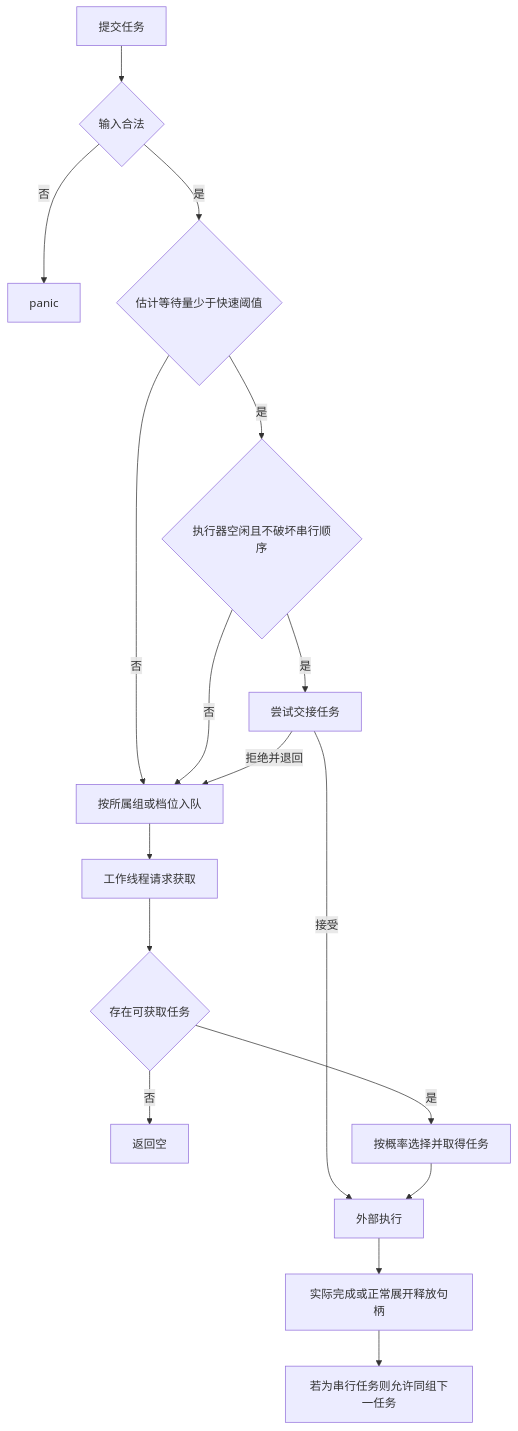
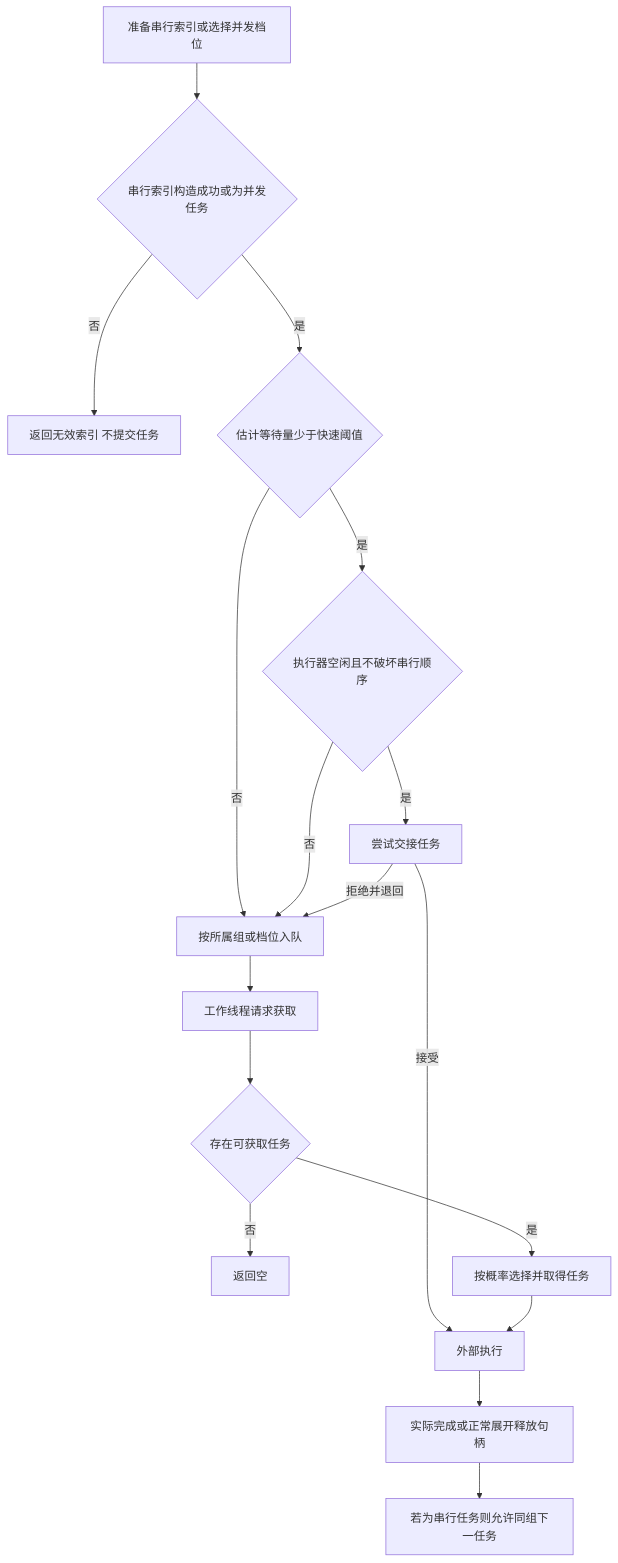
Before and after one commit to GaiaWorld/pi_task_pool: the diagram in design/lock-free-task-pool/01-requirements/flow.md, drawn with Mermaid. The commit also changed other lines of this file and 22 other files, not shown here.

````diff
--- a/design/lock-free-task-pool/01-requirements/flow.md
+++ b/design/lock-free-task-pool/01-requirements/flow.md
@@ -3,19 +3,19 @@
 ```mermaid
 flowchart TD
-  A[提交任务] --> B{输入合法}
-  B -->|否| P[panic]
+  A[准备串行索引或选择并发档位] --> B{串行索引构造成功或为并发任务}
+  B -->|否| P[返回无效索引 不提交任务]
   B -->|是| C{估计等待量少于快速阈值}
   C -->|否| Q[按所属组或档位入队]
   C -->|是| D{执行器空闲且不破坏串行顺序}
   D -->|否| Q
   D -->|是| E[尝试交接任务]
   E -->|接受| X[外部执行]
   E -->|拒绝并退回| Q
   Q --> F[工作线程请求获取]
   F --> G{存在可获取任务}
   G -->|否| N[返回空]
   G -->|是| H[按概率选择并取得任务]
   H --> X
   X --> I[实际完成或正常展开释放句柄]
   I --> J[若为串行任务则允许同组下一任务]
 ```
````
